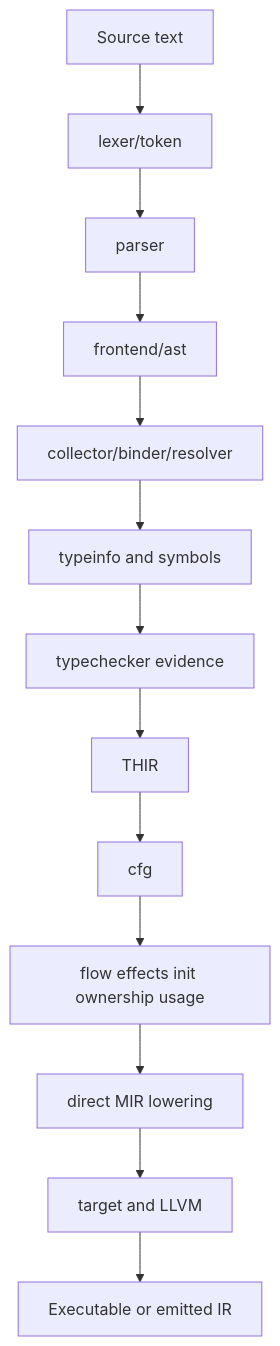
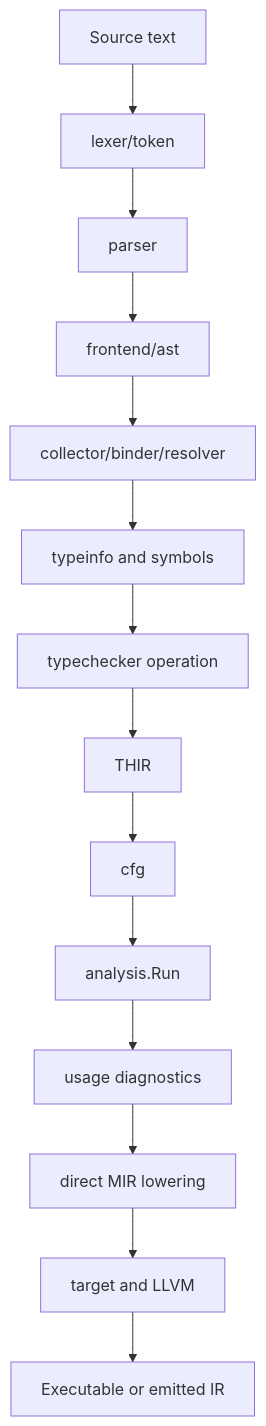
Before and after one commit to PeeperLanguage/compiler: the diagram in docs/architecture/README.md, drawn with Mermaid. The commit also changed other lines of this file and 8 other files, not shown here.

````diff
--- a/docs/architecture/README.md
+++ b/docs/architecture/README.md
@@ -24,15 +24,16 @@
 ```mermaid
 flowchart TD
     Source[Source text] --> Lexer[lexer/token]
     Lexer --> Parser[parser]
     Parser --> AST[frontend/ast]
     AST --> Bind[collector/binder/resolver]
     Bind --> Types[typeinfo and symbols]
-    Types --> Check[typechecker evidence]
+    Types --> Check[typechecker operation]
     Check --> THIR[THIR]
     THIR --> CFG[cfg]
-    CFG --> Analyses[flow effects init ownership usage]
-    Analyses --> MIR[direct MIR lowering]
+    CFG --> Analysis[analysis.Run]
+    Analysis --> Usage[usage diagnostics]
+    Usage --> MIR[direct MIR lowering]
     MIR --> Backend[target and LLVM]
     Backend --> Output[Executable or emitted IR]
 ```
````
